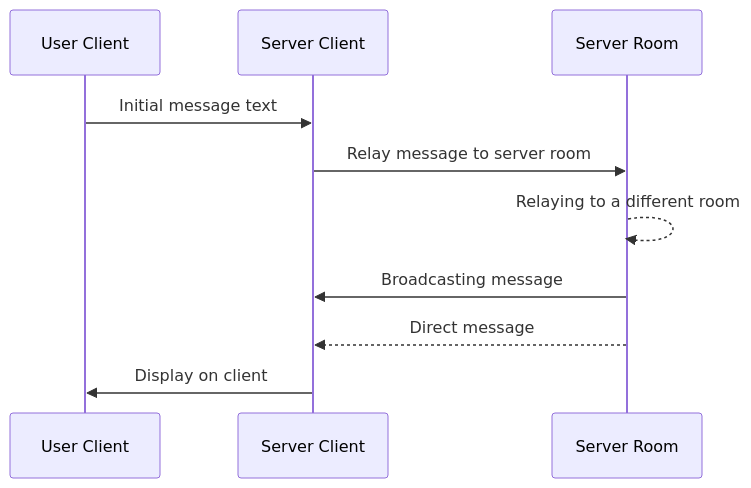
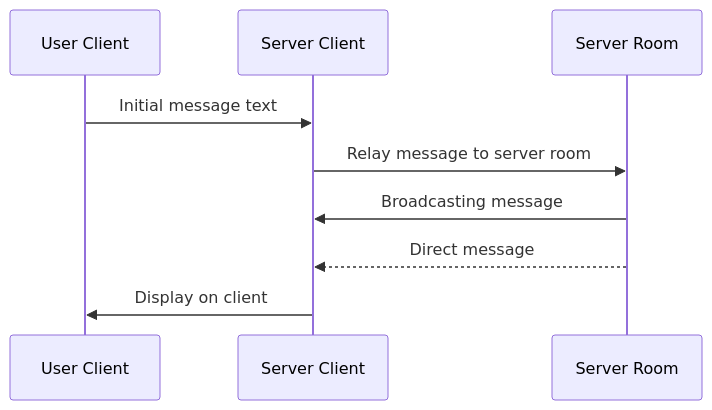
One commit to bigyihsuan/wileyedge-irc-final-project changed the diagram in docs/flow.md. Above: the diagram before and after it, drawn with Mermaid. The commit also changed 1 other file, not shown here.

Commit message:
random fixes

````diff
--- a/docs/flow.md
+++ b/docs/flow.md
@@ -5,14 +5,13 @@
 ```mermaid
 sequenceDiagram
 
 participant C as User Client
 participant SC as Server Client
 participant SR as Server Room
 
 C ->> SC: Initial message text
 SC ->> SR: Relay message to server room
-SR -->> SR: Relaying to a different room
 SR ->> SC: Broadcasting message
 SR -->> SC: Direct message
 SC ->> C: Display on client
 ```
````
